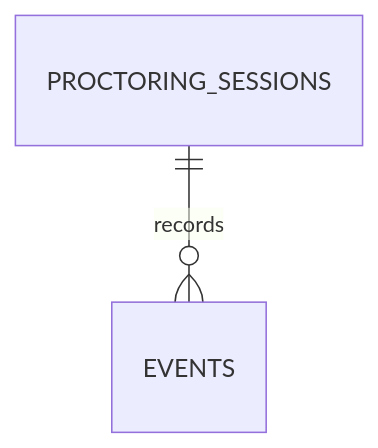
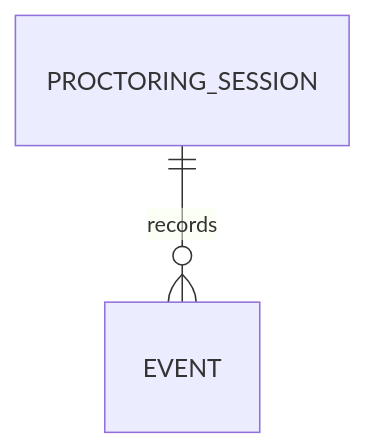
The eighth of 8 diagrams in README.md (mrxsierra/ems-db), drawn with Mermaid before and after one commit. The commit also changed other lines of this file and 11 other files, not shown here.

````diff
--- a/README.md
+++ b/README.md
@@ -87,4 +104,4 @@
 ```mermaid
 erDiagram
-    PROCTORING_SESSIONS ||--o{ EVENTS : "records"
+    PROCTORING_SESSION ||--o{ EVENT : "records"
 ```
````
